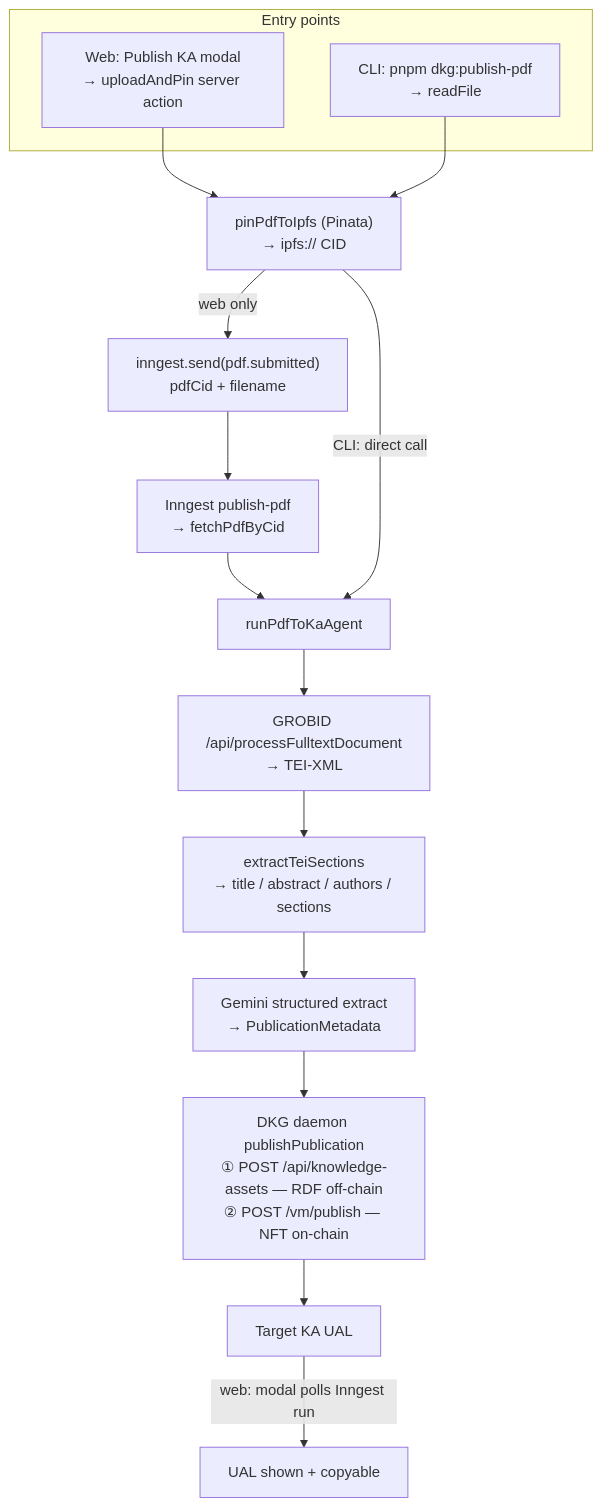
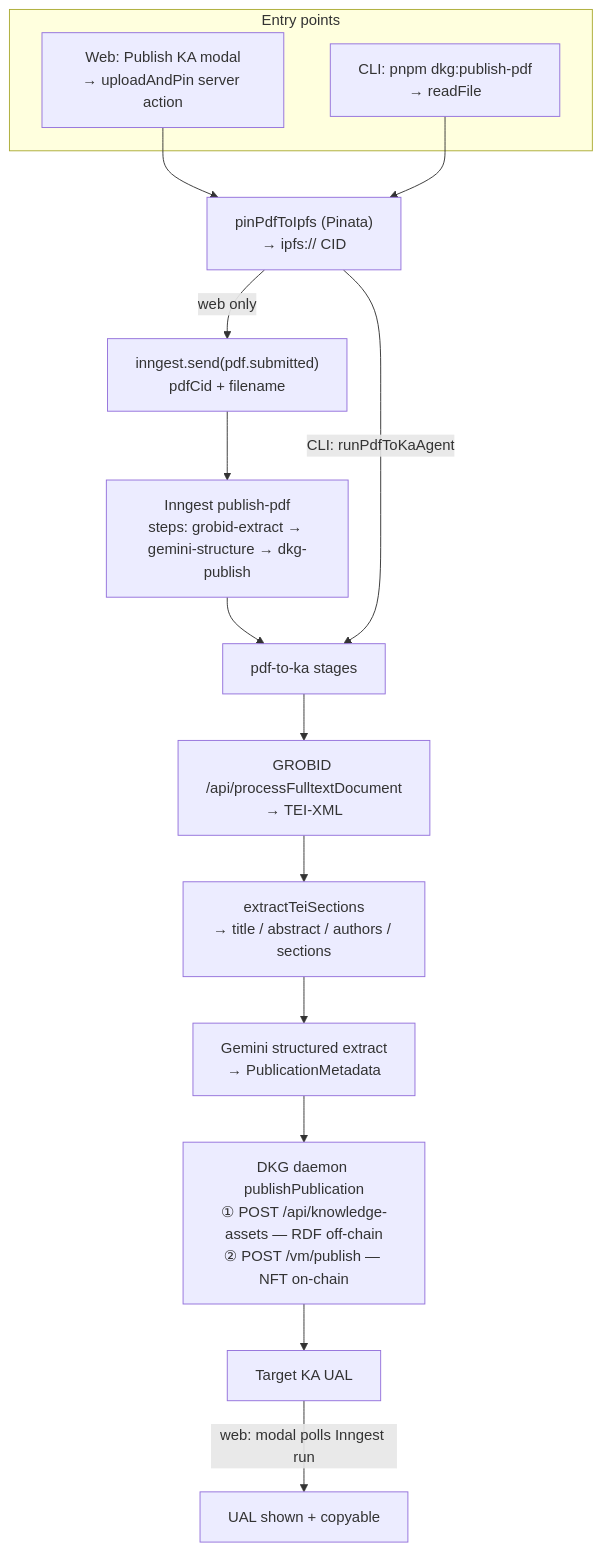
One commit to SiegfriedBz/desci-rating-dapp changed the second of 3 diagrams in README.md. Above: the diagram before and after it, drawn with Mermaid. The commit also changed other lines of this file and 4 other files, not shown here.

````diff
--- a/README.md
+++ b/README.md
@@ -110,19 +110,19 @@
 ```mermaid
 flowchart TD
   subgraph entry["Entry points"]
     WEB["Web: Publish KA modal<br/>→ uploadAndPin server action"]
     CLI["CLI: pnpm dkg:publish-pdf<br/>→ readFile"]
   end
   WEB --> PIN["pinPdfToIpfs (Pinata)<br/>→ ipfs:// CID"]
   CLI --> PIN
   PIN -->|"web only"| EV["inngest.send(pdf.submitted)<br/>pdfCid + filename"]
-  EV --> FN["Inngest publish-pdf<br/>→ fetchPdfByCid"]
-  FN --> AGENT["runPdfToKaAgent"]
-  PIN -->|"CLI: direct call"| AGENT
+  EV --> FN["Inngest publish-pdf<br/>steps: grobid-extract → gemini-structure → dkg-publish"]
+  FN --> AGENT["pdf-to-ka stages"]
+  PIN -->|"CLI: runPdfToKaAgent"| AGENT
   AGENT --> GROBID["GROBID /api/processFulltextDocument<br/>→ TEI-XML"]
   GROBID --> TEI["extractTeiSections<br/>→ title / abstract / authors / sections"]
   TEI --> META["Gemini structured extract<br/>→ PublicationMetadata"]
   META --> DAEMON["DKG daemon publishPublication<br/>① POST /api/knowledge-assets — RDF off-chain<br/>② POST /vm/publish — NFT on-chain"]
   DAEMON --> UAL["Target KA UAL"]
   UAL -->|"web: modal polls Inngest run"| SHOW["UAL shown + copyable"]
 ```
````
